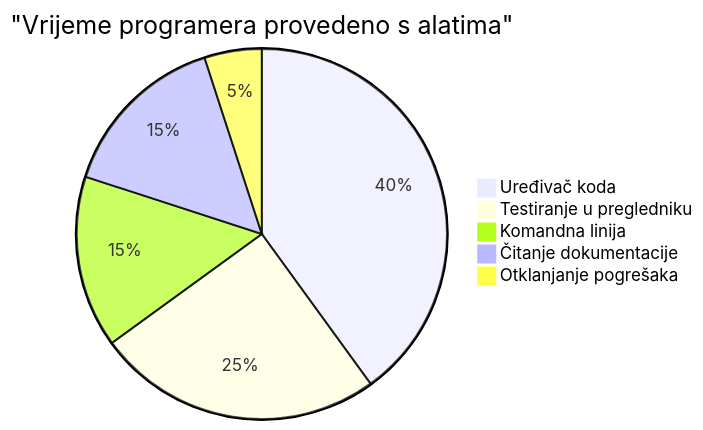
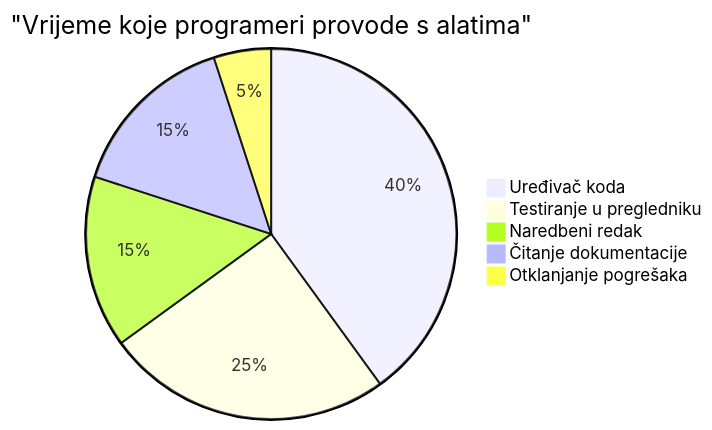
Before and after one commit to microsoft/Web-Dev-For-Beginners: the sixth of 7 diagrams in translations/hr/1-getting-started-lessons/1-intro-to-programming-languages/README.md, drawn with Mermaid. The commit also changed other lines of this file and 11 other files, not shown here.

````diff
--- a/translations/hr/1-getting-started-lessons/1-intro-to-programming-languages/README.md
+++ b/translations/hr/1-getting-started-lessons/1-intro-to-programming-languages/README.md
@@ -713,8 +713,8 @@
 ```mermaid
-pie title "Vrijeme programera provedeno s alatima"
+pie title "Vrijeme koje programeri provode s alatima"
     "Uređivač koda" : 40
     "Testiranje u pregledniku" : 25
-    "Komandna linija" : 15
+    "Naredbeni redak" : 15
     "Čitanje dokumentacije" : 15
     "Otklanjanje pogrešaka" : 5
 ```
````
